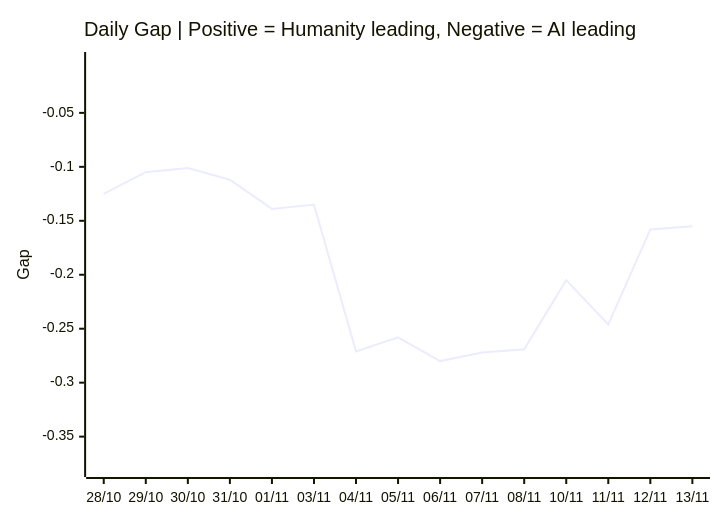
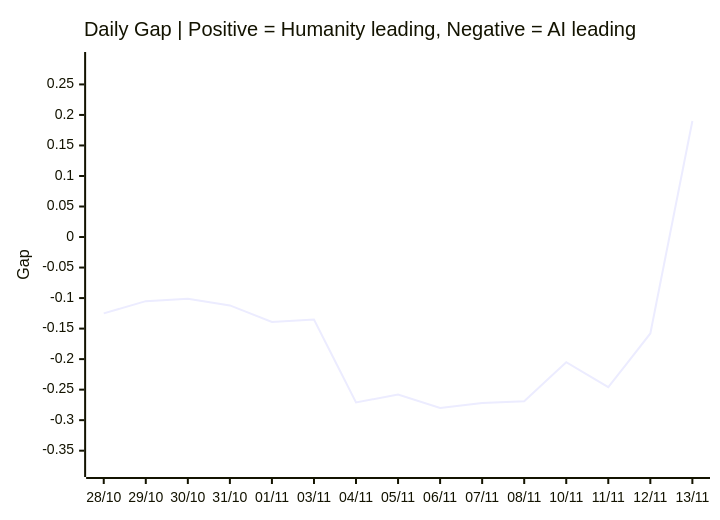
The third of 3 diagrams in README.md (VQQLK/Human-AI-Monitor), drawn with Mermaid before and after one commit. The commit also changed other lines of this file and 4 other files, not shown here.

````diff
--- a/README.md
+++ b/README.md
@@ -55,7 +55,7 @@
 ```mermaid
 xychart-beta
     title "Daily Gap | Positive = Humanity leading, Negative = AI leading"
     x-axis ["28/10", "29/10", "30/10", "31/10", "01/11", "03/11", "04/11", "05/11", "06/11", "07/11", "08/11", "10/11", "11/11", "12/11", "13/11"]
-    y-axis "Gap" -0.380 --> -0.001
-    line [-0.125, -0.105, -0.101, -0.112, -0.139, -0.135, -0.271, -0.258, -0.280, -0.272, -0.269, -0.205, -0.246, -0.158, -0.155]
+    y-axis "Gap" -0.380 --> 0.290
+    line [-0.125, -0.105, -0.101, -0.112, -0.139, -0.135, -0.271, -0.258, -0.280, -0.272, -0.269, -0.205, -0.246, -0.158, 0.190]
 ```
````
